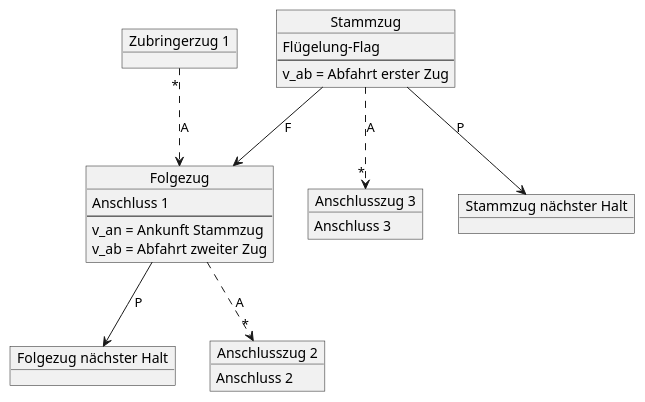
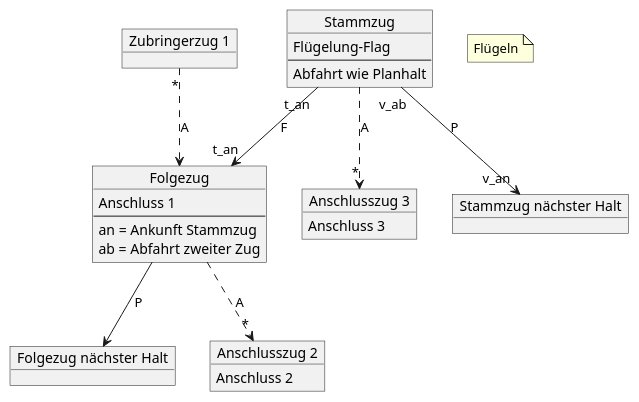
Before and after one commit to topological-state/stskit: the diagram in docs/fluegelung.puml, drawn with PlantUML. The commit also changed 6 other files, not shown here.

Commit message:
diagramme betriebsvorgänge

```diff
--- a/docs/fluegelung.puml
+++ b/docs/fluegelung.puml
@@ -1,39 +1,42 @@
 @startuml
 'https://plantuml.com/object-diagram
 
 object Stammzug {
     Flügelung-Flag
     --
-    v_ab = Abfahrt erster Zug
+    Abfahrt wie Planhalt
 }
 
 object "Stammzug nächster Halt" as StammzugSucc
 
 object Folgezug {
     Anschluss 1
     --
-    v_an = Ankunft Stammzug
-    v_ab = Abfahrt zweiter Zug
+    an = Ankunft Stammzug
+    ab = Abfahrt zweiter Zug
 }
+'Ankunftszeiten der beiden Züge sind gleich
 
 object "Folgezug nächster Halt" as FolgezugSucc
 
 object "Zubringerzug 1" as A1
 
 object "Anschlusszug 2" as A2 {
 Anschluss 2
 }
 
 object "Anschlusszug 3" as A3 {
 Anschluss 3
 }
 
-Stammzug --> Folgezug: F
-Stammzug --> StammzugSucc: P
+Stammzug "t_an" --> "t_an" Folgezug: F
+Stammzug "v_ab" --> "v_an" StammzugSucc: P
 Folgezug --> FolgezugSucc: P
 
 A1 "*" -[dashed]-> Folgezug: A
 Folgezug -[dashed]-> "*" A2: A
 Stammzug -[dashed]-> "*" A3: A
 
+note "Flügeln" as N1
+
 @enduml
```
